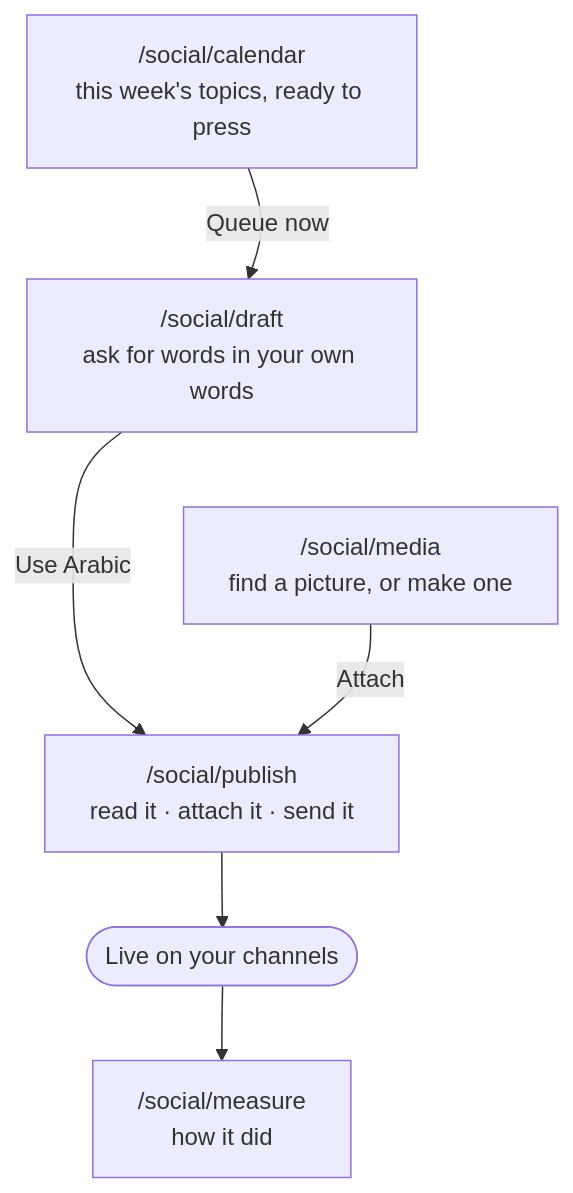
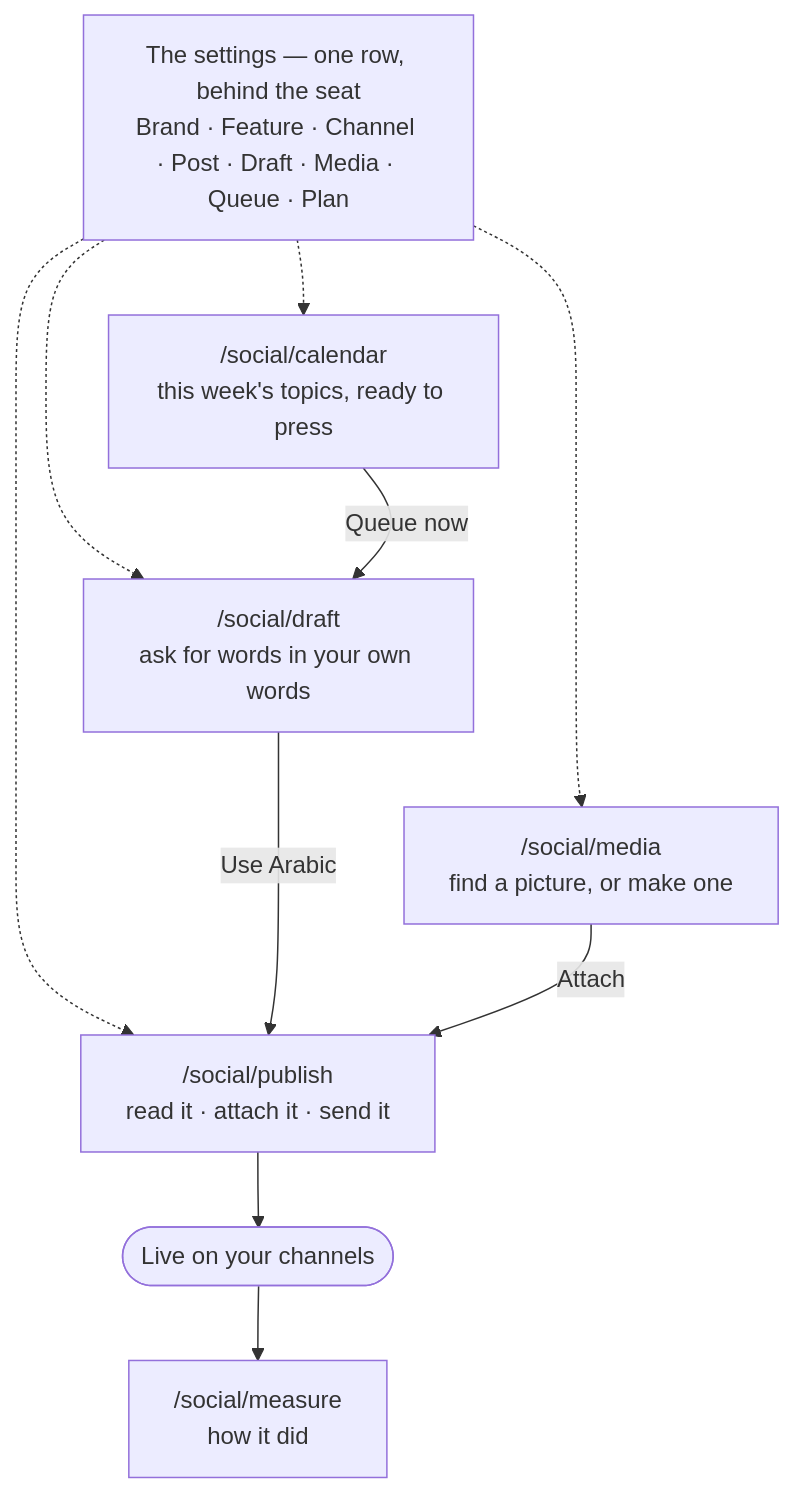
One commit to databayt/kun changed the first of 3 diagrams in content/docs/social/index.mdx. Above: the diagram before and after it, drawn with Mermaid. The commit also changed other lines of this file, not shown here.

First line of the commit message:
docs(social): the settings are one row, and each page shows its share

````diff
--- a/content/docs/social/index.mdx
+++ b/content/docs/social/index.mdx
@@ -17,15 +17,21 @@
 ```mermaid
 graph TD
+    CFG["The settings — one row, behind the seat<br/>Brand · Feature · Channel · Post · Draft · Media · Queue · Plan"]
     CAL["/social/calendar<br/>this week's topics, ready to press"]
     DRA["/social/draft<br/>ask for words in your own words"]
     MED["/social/media<br/>find a picture, or make one"]
     PUB["/social/publish<br/>read it · attach it · send it"]
     MEA["/social/measure<br/>how it did"]
     LIVE(["Live on your channels"])
 
+    CFG -.-> CAL
+    CFG -.-> DRA
+    CFG -.-> MED
+    CFG -.-> PUB
+
     CAL ~~~ DRA ~~~ MED
     CAL -->|"Queue now"| DRA
     DRA -->|"Use Arabic"| PUB
     MED -->|"Attach"| PUB
     PUB --> LIVE --> MEA
 ```
````
